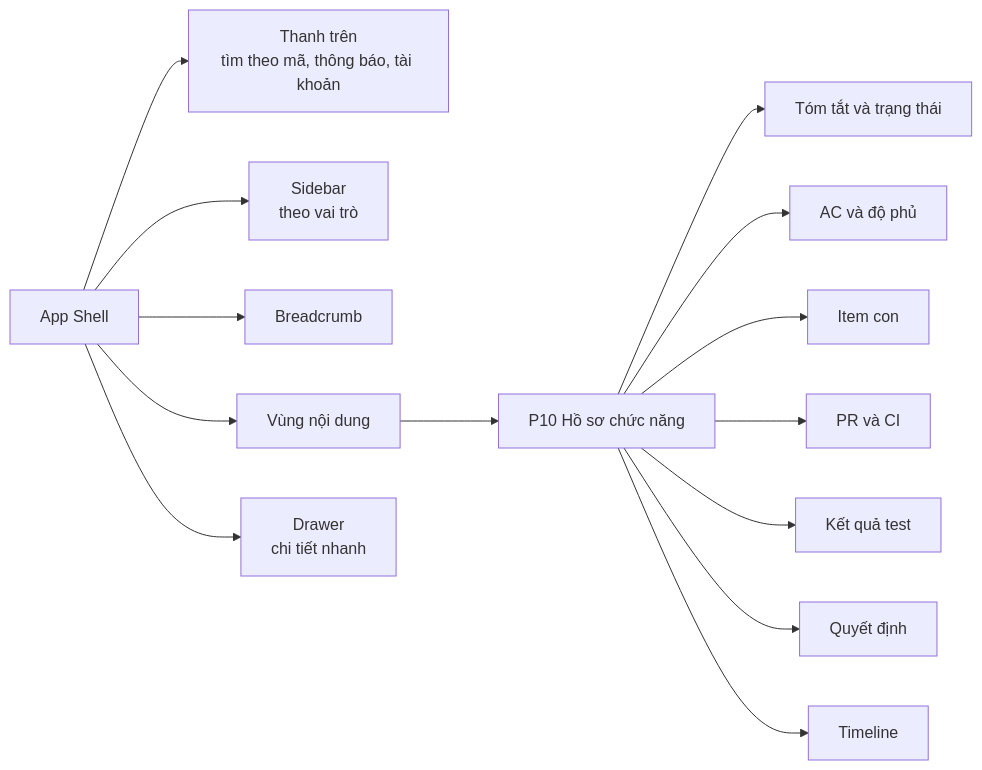
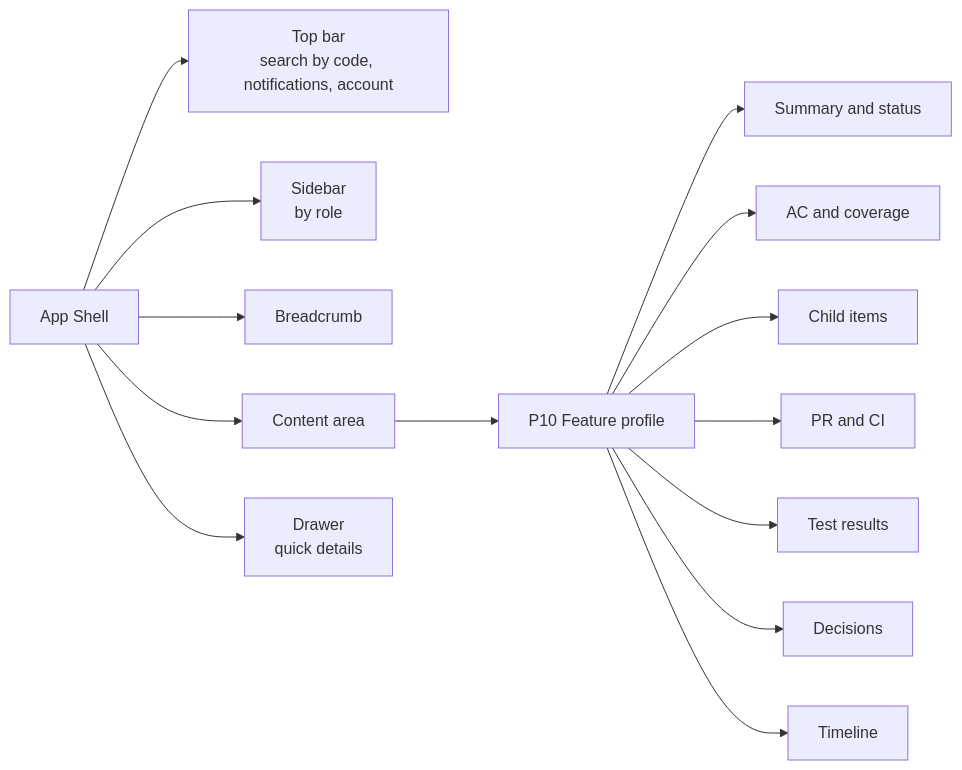
Before and after one commit to tungld9999blacksmith/Strata: the seventh of 21 diagrams in README.md, drawn with Mermaid. The commit also changed other lines of this file and 13 other files, not shown here.

````diff
--- a/README.md
+++ b/README.md
@@ -453,16 +453,16 @@
 ```mermaid
 flowchart LR
-    SHELL["App Shell"] --> TOP["Thanh trên<br/>tìm theo mã, thông báo, tài khoản"]
-    SHELL --> SIDE["Sidebar<br/>theo vai trò"]
+    SHELL["App Shell"] --> TOP["Top bar<br/>search by code, notifications, account"]
+    SHELL --> SIDE["Sidebar<br/>by role"]
     SHELL --> BC["Breadcrumb"]
-    SHELL --> MAIN["Vùng nội dung"]
-    SHELL --> DRW["Drawer<br/>chi tiết nhanh"]
-    MAIN --> P10["P10 Hồ sơ chức năng"]
-    P10 --> S1["Tóm tắt và trạng thái"]
-    P10 --> S2["AC và độ phủ"]
-    P10 --> S3["Item con"]
-    P10 --> S4["PR và CI"]
-    P10 --> S5["Kết quả test"]
-    P10 --> S6["Quyết định"]
+    SHELL --> MAIN["Content area"]
+    SHELL --> DRW["Drawer<br/>quick details"]
+    MAIN --> P10["P10 Feature profile"]
+    P10 --> S1["Summary and status"]
+    P10 --> S2["AC and coverage"]
+    P10 --> S3["Child items"]
+    P10 --> S4["PR and CI"]
+    P10 --> S5["Test results"]
+    P10 --> S6["Decisions"]
     P10 --> S7["Timeline"]
 ```
````
